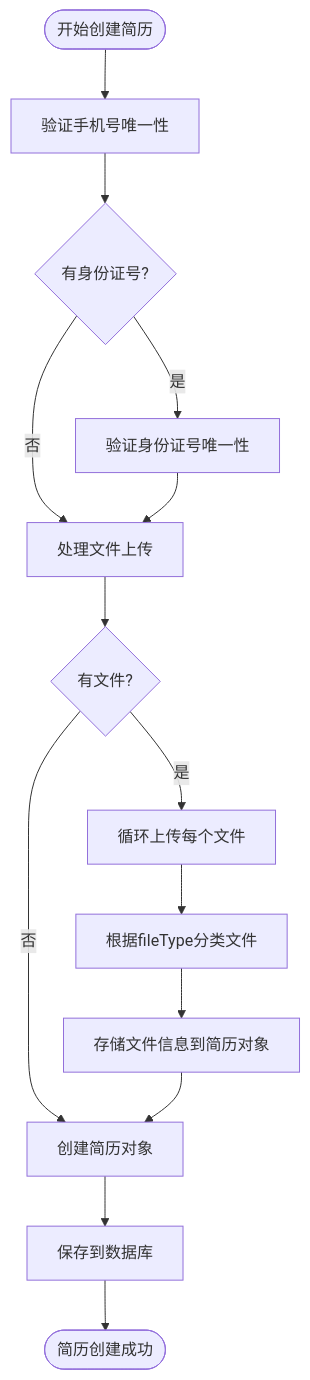
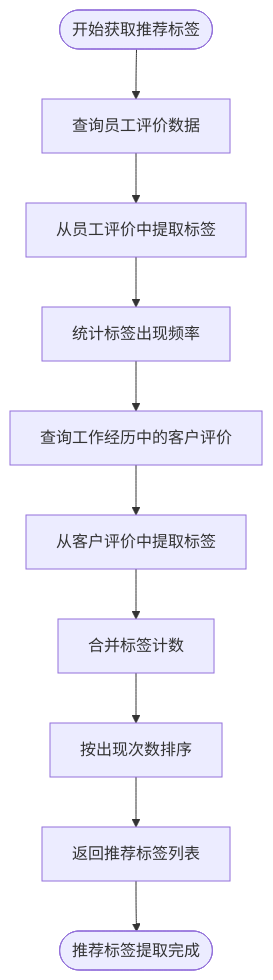
Before and after one commit to sunxuebo91/andejiazhengkaifa: the fourth of 5 diagrams in .qoder/repowiki/zh/content/核心功能模块/简历管理模块.md, drawn with Mermaid. The commit also changed other lines of this file and 439 other files, not shown here.

````diff
--- a/.qoder/repowiki/zh/content/核心功能模块/简历管理模块.md
+++ b/.qoder/repowiki/zh/content/核心功能模块/简历管理模块.md
@@ -183,16 +296,12 @@
 ```mermaid
 flowchart TD
-Start([开始创建简历]) --> ValidatePhone["验证手机号唯一性"]
-ValidatePhone --> CheckIdNumber{"有身份证号?"}
-CheckIdNumber --> |是| ValidateIdNumber["验证身份证号唯一性"]
-CheckIdNumber --> |否| ProcessFiles
-ValidateIdNumber --> ProcessFiles["处理文件上传"]
-ProcessFiles --> HasFiles{"有文件?"}
-HasFiles --> |是| UploadLoop["循环上传每个文件"]
-UploadLoop --> ClassifyFile["根据fileType分类文件"]
-ClassifyFile --> StoreInfo["存储文件信息到简历对象"]
-HasFiles --> |否| CreateResume
-StoreInfo --> CreateResume["创建简历对象"]
-CreateResume --> SaveResume["保存到数据库"]
-SaveResume --> End([简历创建成功])
+Start([开始获取推荐标签]) --> QueryEmployeeEvaluations["查询员工评价数据"]
+QueryEmployeeEvaluations --> ExtractTagsFromEvaluations["从员工评价中提取标签"]
+ExtractTagsFromEvaluations --> CountTagFrequency["统计标签出现频率"]
+CountTagFrequency --> QueryWorkHistory["查询工作经历中的客户评价"]
+QueryWorkHistory --> ExtractTagsFromWorkHistory["从客户评价中提取标签"]
+ExtractTagsFromWorkHistory --> MergeTagCounts["合并标签计数"]
+MergeTagCounts --> SortTags["按出现次数排序"]
+SortTags --> ReturnTags["返回推荐标签列表"]
+ReturnTags --> End([推荐标签提取完成])
 ```
````
